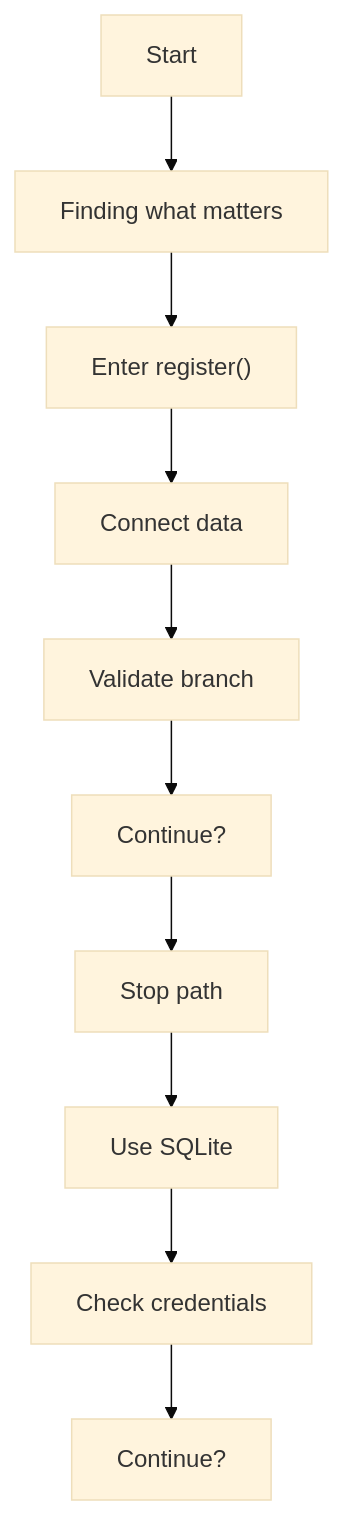
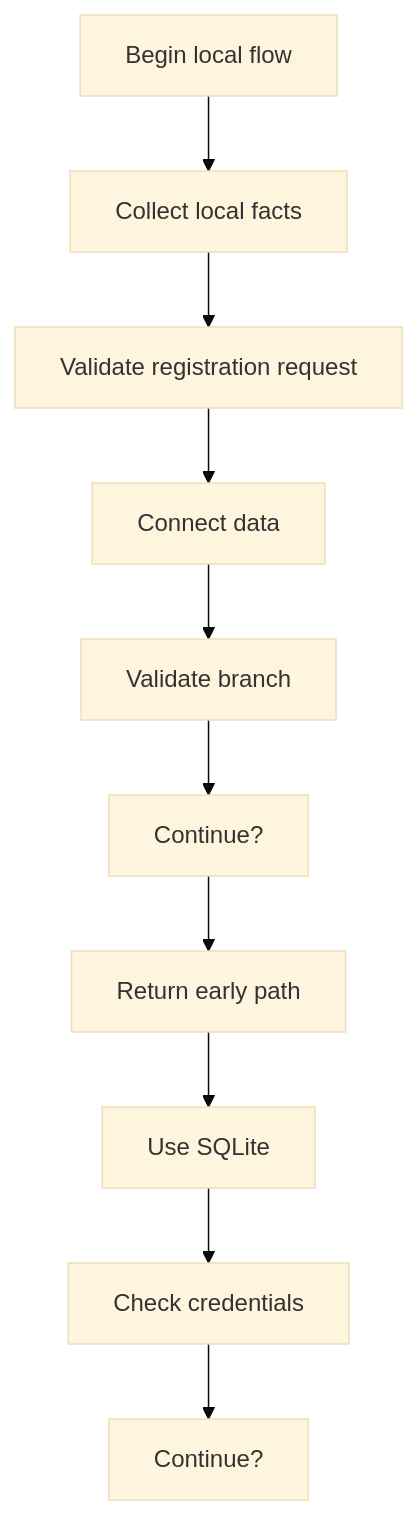
The first of 7 diagrams in docs/Codebase/Backend/src/controllers/authController.js.md (JohnAndrewBalbarosa/NeoTerritory), drawn with Mermaid (base theme) before and after one commit. The commit also changed other lines of this file and 915 other files, not shown here.

````diff
--- a/docs/Codebase/Backend/src/controllers/authController.js.md
+++ b/docs/Codebase/Backend/src/controllers/authController.js.md
@@ -25,22 +24,22 @@
 ```mermaid
 flowchart TD
-    N0["Start"]
-    N1["Finding what matters"]
-    N2["Enter register()"]
+    N0["Begin local flow"]
+    N1["Collect local facts"]
+    N2["Validate registration request"]
     N3["Connect data"]
     N4["Validate branch"]
     N5["Continue?"]
-    N6["Stop path"]
+    N6["Return early path"]
     N7["Use SQLite"]
     N8["Check credentials"]
     N9["Continue?"]
     N0 --> N1
     N1 --> N2
     N2 --> N3
     N3 --> N4
     N4 --> N5
     N5 --> N6
     N6 --> N7
     N7 --> N8
     N8 --> N9
 ```
````
